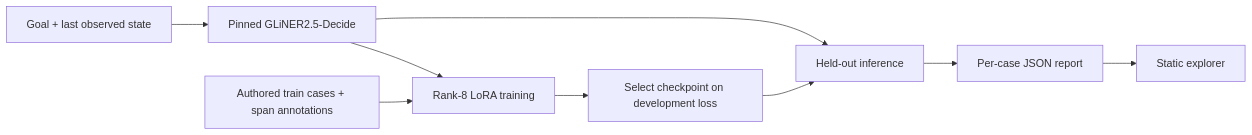
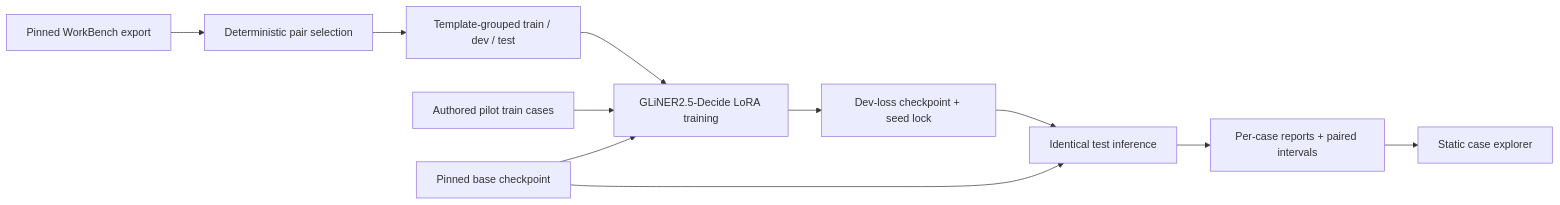
The diagram in docs/ARCHITECTURE.md (AbdelStark/exitreceipt), drawn with Mermaid before and after one commit. The commit also changed other lines of this file and 28 other files, not shown here.

Commit message:
Release WorkBench v2 fine-tuning study and model receipts

````diff
--- a/docs/ARCHITECTURE.md
+++ b/docs/ARCHITECTURE.md
@@ -6,11 +7,13 @@
 ```mermaid
 flowchart LR
-  A[Goal + last observed state] --> B[Pinned GLiNER2.5-Decide]
-  D[Authored train cases + span annotations] --> T[Rank-8 LoRA training]
-  B --> T
-  T --> V[Select checkpoint on development loss]
-  B --> E[Held-out inference]
-  V --> E
-  E --> R[Per-case JSON report]
-  R --> S[Static explorer]
+  W[Pinned WorkBench export] --> P[Deterministic pair selection]
+  P --> G[Template-grouped train / dev / test]
+  A[Authored pilot train cases] --> T[GLiNER2.5-Decide LoRA training]
+  G --> T
+  B[Pinned base checkpoint] --> T
+  T --> D[Dev-loss checkpoint + seed lock]
+  B --> E[Identical test inference]
+  D --> E
+  E --> R[Per-case reports + paired intervals]
+  R --> S[Static case explorer]
 ```
````
